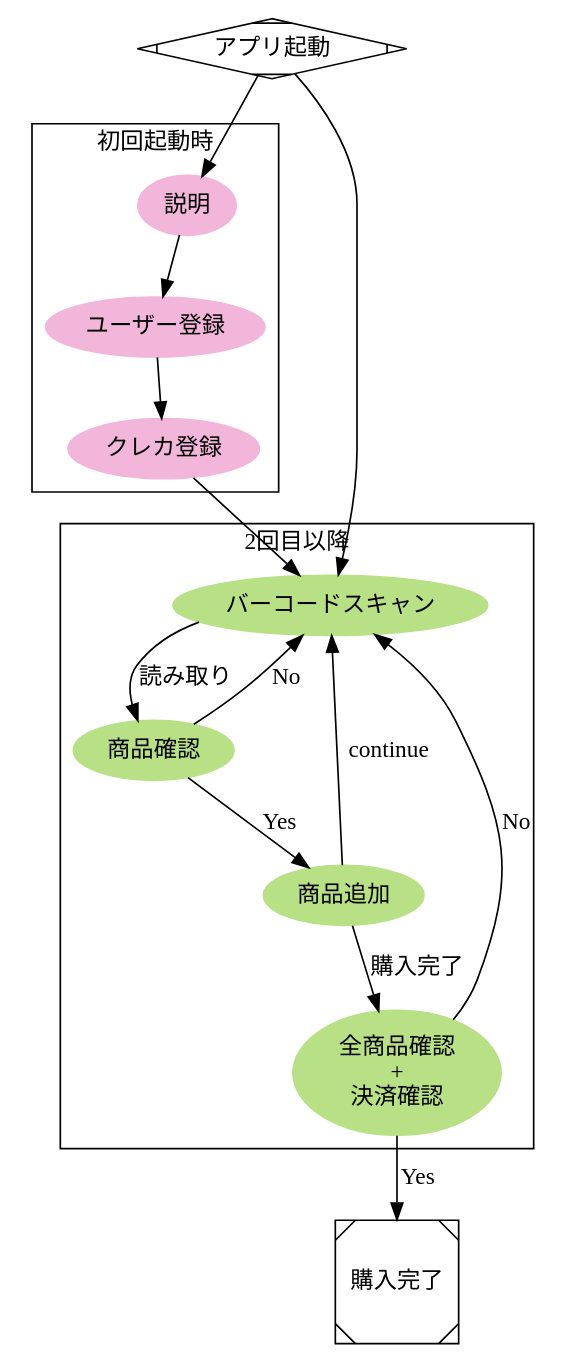
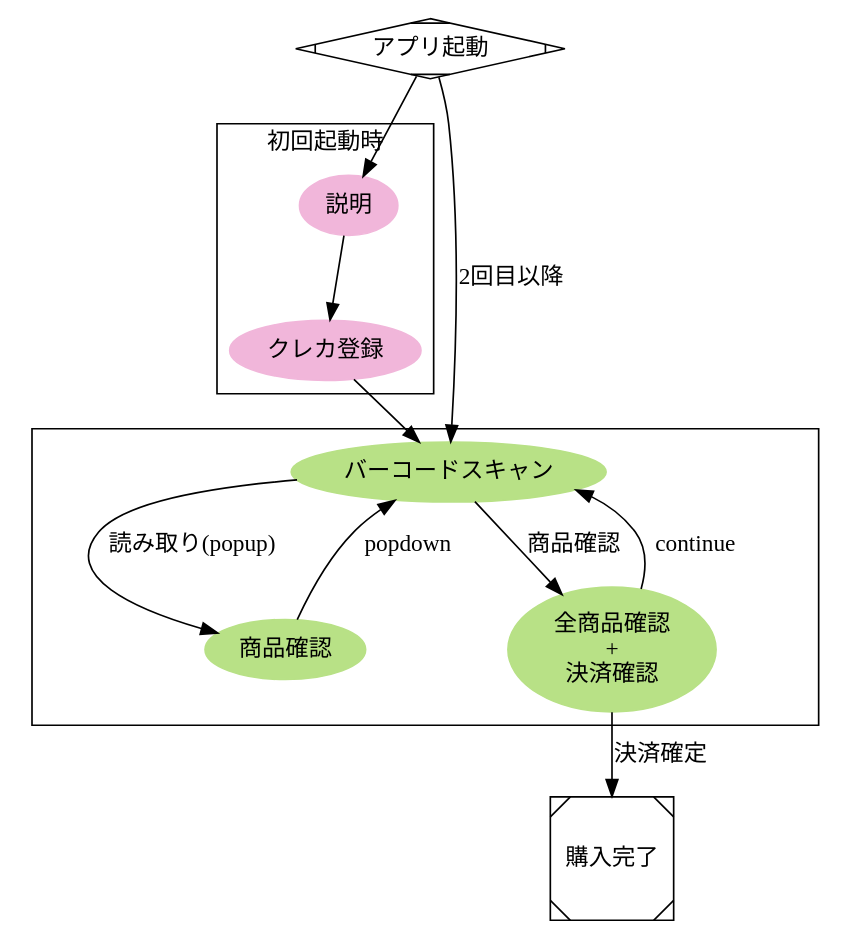
Before and after one commit to out-of-tokyo/graphs: the diagram in flow_chart.dot, drawn with Graphviz.

Commit message:
Delete adding product

```diff
--- a/flow_chart.dot
+++ b/flow_chart.dot
@@ -1,30 +1,26 @@
 digraph G {
 	graph [nodesep = 0.5];
 
 	subgraph cluster_0 {
 		node [style=filled, colorscheme=piyg9, color=3 ];
 		説明;
-		ユーザー登録;
 		クレカ登録;
-		説明 -> ユーザー登録 -> クレカ登録;
+		説明 -> クレカ登録;
 		label = "初回起動時";
 	}
 
 	subgraph cluster_1 {
 		node [style=filled, colorscheme=piyg9, color=7];
-		バーコードスキャン -> 商品確認 [label = "読み取り" ]
-		商品確認 -> 商品追加 [label = "Yes"];
-		商品確認 -> バーコードスキャン [label = "No"]
-		商品追加 -> "全商品確認\n+\n決済確認" [label = "購入完了"];
-		商品追加 -> バーコードスキャン [label = "continue"];
-		label = "2回目以降";
+		バーコードスキャン -> 商品確認 [label = "読み取り(popup)" ]
+		商品確認 -> バーコードスキャン [label = "popdown"]
+		バーコードスキャン -> "全商品確認\n+\n決済確認" [label = "商品確認"];
 	}
 	アプリ起動 -> 説明;
-	アプリ起動 -> バーコードスキャン;
+	アプリ起動 -> バーコードスキャン [label = "2回目以降";] ;
 	クレカ登録 -> バーコードスキャン;
-	"全商品確認\n+\n決済確認" -> 購入完了 [label = "Yes"];
-	"全商品確認\n+\n決済確認" -> バーコードスキャン [label = "No"];
+	"全商品確認\n+\n決済確認" -> 購入完了 [label = "決済確定"];
+	"全商品確認\n+\n決済確認" -> バーコードスキャン [label = "continue"];
 
 	アプリ起動 [shape=Mdiamond];
 	購入完了 [shape=Msquare];
 }
```
